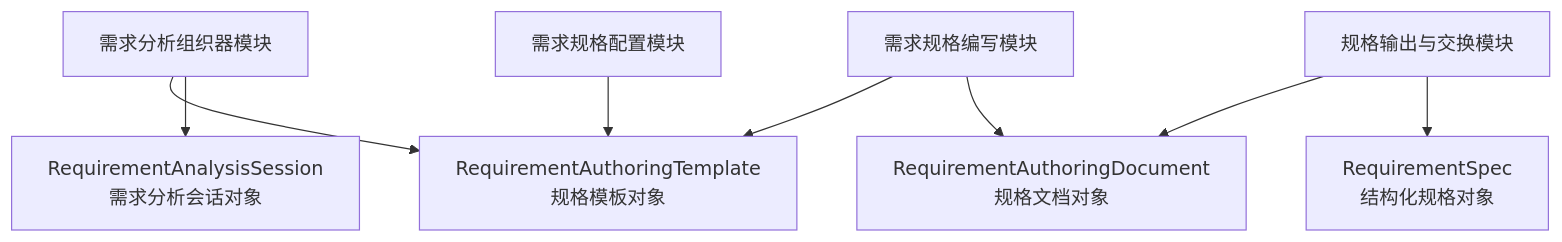
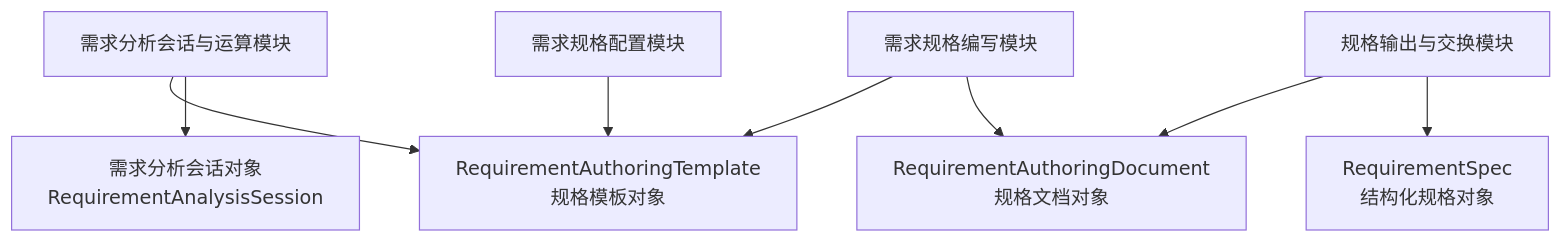
One commit to wgwtest/CodeFactoryV2 changed diagram 16 of 18 in DOC/CODEX_DOC/02_设计说明/P2_需求分析系统/P2-需求分析系统设计.md. Above: the diagram before and after it, drawn with Mermaid. The commit also changed other lines of this file, not shown here.

````diff
--- a/DOC/CODEX_DOC/02_设计说明/P2_需求分析系统/P2-需求分析系统设计.md
+++ b/DOC/CODEX_DOC/02_设计说明/P2_需求分析系统/P2-需求分析系统设计.md
@@ -1253,20 +2114,20 @@
 ```mermaid
 flowchart TB
   Template["RequirementAuthoringTemplate<br/>规格模板对象"]
   Document["RequirementAuthoringDocument<br/>规格文档对象"]
-  Session["RequirementAnalysisSession<br/>需求分析会话对象"]
+  Session["需求分析会话对象<br/>RequirementAnalysisSession"]
   Spec["RequirementSpec<br/>结构化规格对象"]
 
   TemplateModule["需求规格配置模块"]
   AuthoringModule["需求规格编写模块"]
-  AnalysisModule["需求分析组织器模块"]
+  AnalysisModule["需求分析会话与运算模块"]
   ExchangeModule["规格输出与交换模块"]
 
   TemplateModule --> Template
   AuthoringModule --> Document
   AuthoringModule --> Template
   AnalysisModule --> Session
   AnalysisModule --> Template
   ExchangeModule --> Spec
   ExchangeModule --> Document
 ```
````
